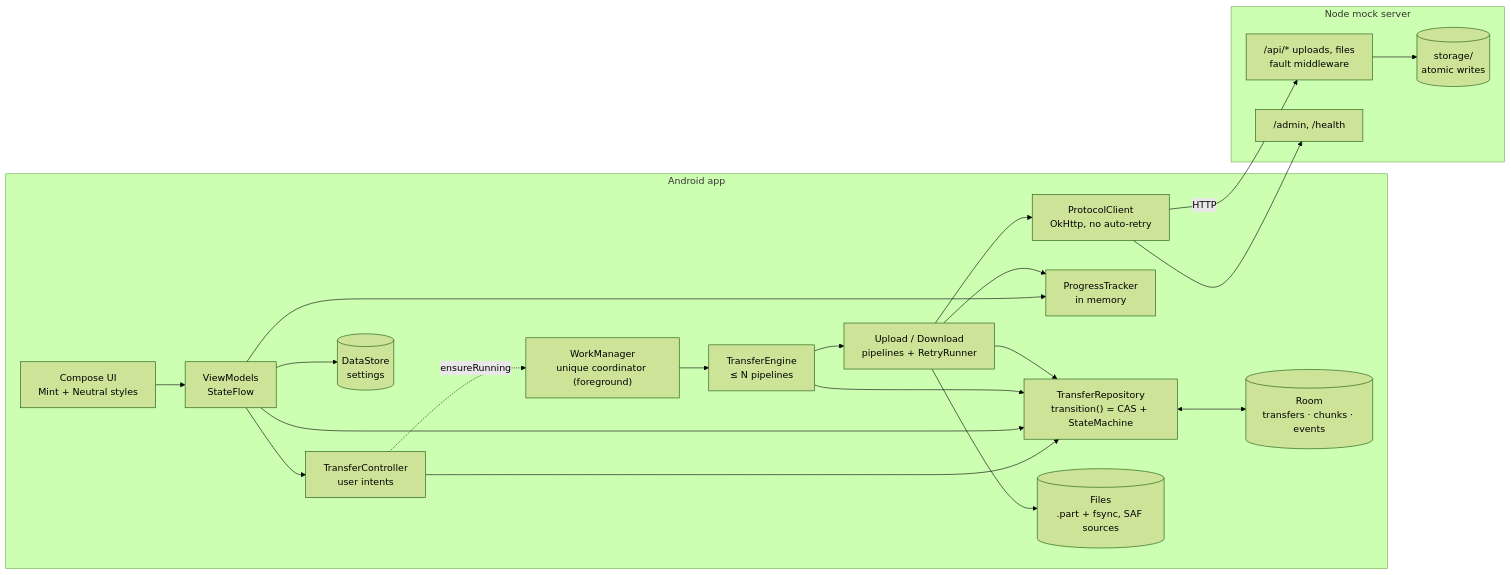
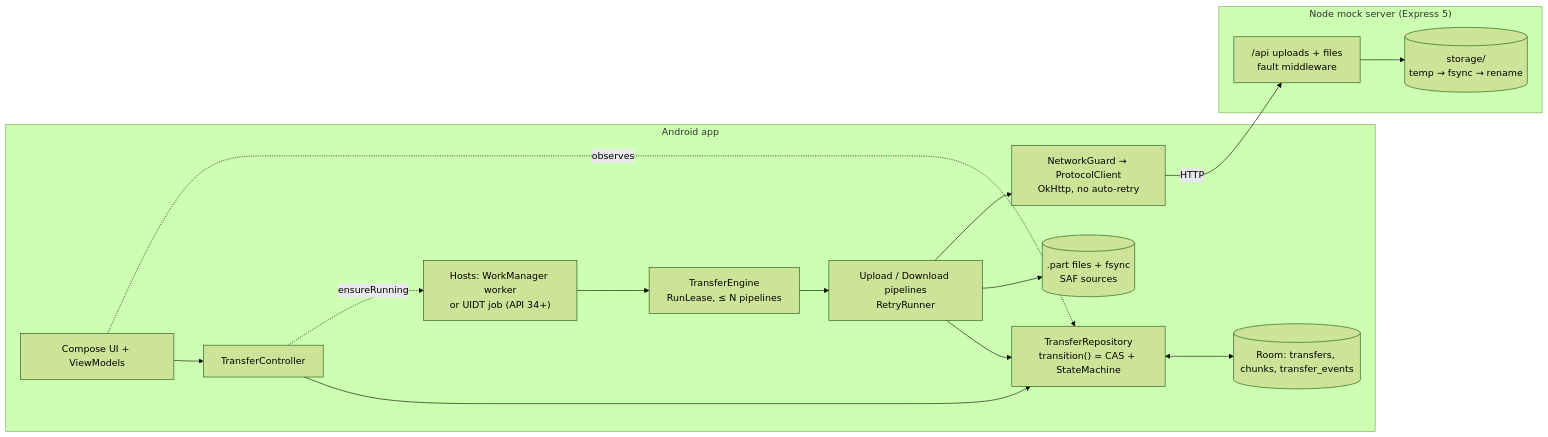
Before and after one commit to maanit-gupta/StableShare: the first of 2 diagrams in README.md, drawn with Mermaid (forest theme). The commit also changed other lines of this file, not shown here.

First line of the commit message:
docs: README rewrite for 1.1.0 (requirements, protocol, persistence, retry, edge cases)

````diff
--- a/README.md
+++ b/README.md
@@ -94,34 +68,24 @@
 ```mermaid
 flowchart LR
   subgraph App["Android app"]
-    UI["Compose UI<br/>Mint + Neutral styles"]
-    VM["ViewModels<br/>StateFlow"]
-    CTRL["TransferController<br/>user intents"]
+    UI["Compose UI + ViewModels"]
+    CTRL["TransferController"]
     REPO["TransferRepository<br/>transition() = CAS + StateMachine"]
-    ROOM[("Room<br/>transfers · chunks · events")]
-    DS[("DataStore<br/>settings")]
-    WM["WorkManager<br/>unique coordinator (foreground)"]
-    ENG["TransferEngine<br/>≤ N pipelines"]
-    PIPE["Upload / Download<br/>pipelines + RetryRunner"]
-    TRK["ProgressTracker<br/>in memory"]
-    NET["ProtocolClient<br/>OkHttp, no auto-retry"]
-    FS[("Files<br/>.part + fsync, SAF sources")]
+    ROOM[("Room: transfers, chunks, transfer_events")]
+    HOST["Hosts: WorkManager worker<br/>or UIDT job (API 34+)"]
+    ENG["TransferEngine<br/>RunLease, ≤ N pipelines"]
+    PIPE["Upload / Download pipelines<br/>RetryRunner"]
+    NET["NetworkGuard → ProtocolClient<br/>OkHttp, no auto-retry"]
+    FS[(".part files + fsync<br/>SAF sources")]
   end
-  subgraph Server["Node mock server"]
-    API["/api/* uploads, files<br/>fault middleware"]
-    ADM["/admin, /health"]
-    DISK[("storage/<br/>atomic writes")]
+  subgraph Server["Node mock server (Express 5)"]
+    API["/api uploads + files<br/>fault middleware"]
+    DISK[("storage/<br/>temp → fsync → rename")]
   end
-  UI --> VM --> CTRL --> REPO
-  VM --> REPO
-  VM --> TRK
-  REPO <--> ROOM
-  CTRL -. ensureRunning .-> WM --> ENG --> PIPE
-  ENG --> REPO
+  UI --> CTRL --> REPO <--> ROOM
+  UI -. observes .-> REPO
+  CTRL -. ensureRunning .-> HOST --> ENG --> PIPE
   PIPE --> REPO
-  PIPE --> TRK
   PIPE --> FS
   PIPE --> NET -->|HTTP| API --> DISK
-  VM --> DS
-  NET --> ADM
 ```
````
